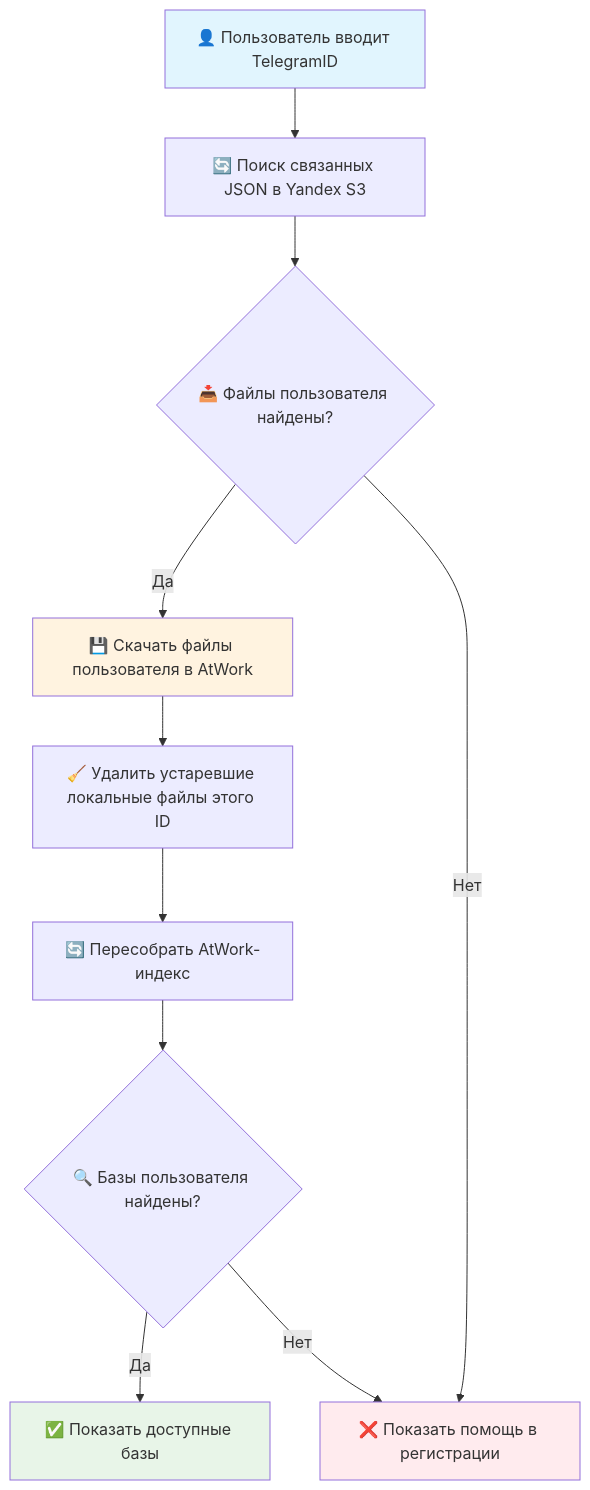
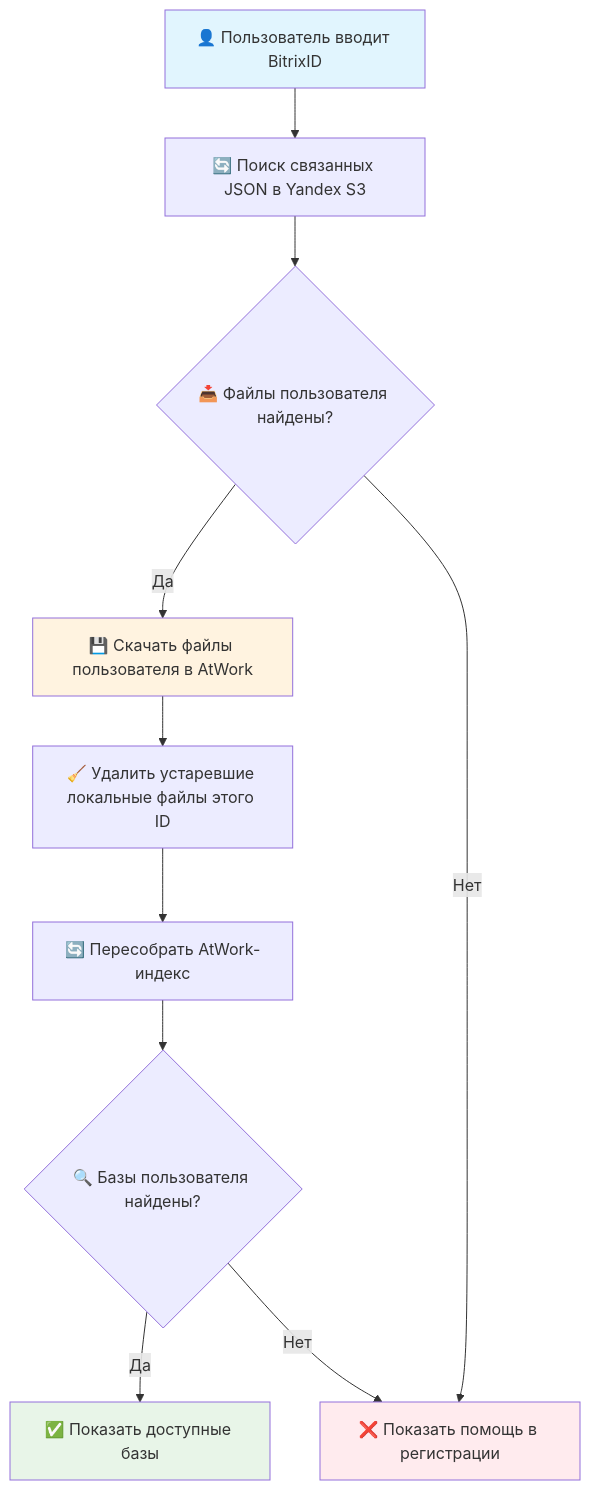
One commit to Mikhail-068/Bitrix-Tires changed the diagram in docs/Auth.md. Above: the diagram before and after it, drawn with Mermaid. The commit also changed other lines of this file and 5 other files, not shown here.

````diff
--- a/docs/Auth.md
+++ b/docs/Auth.md
@@ -165,18 +165,18 @@
 ```mermaid
 flowchart TD
-    A[👤 Пользователь вводит TelegramID] --> B[🔄 Поиск связанных JSON в Yandex S3]
+    A[👤 Пользователь вводит BitrixID] --> B[🔄 Поиск связанных JSON в Yandex S3]
     B --> C{📥 Файлы пользователя найдены?}
     C -->|Да| D[💾 Скачать файлы пользователя в AtWork]
     C -->|Нет| H[❌ Показать помощь в регистрации]
     D --> E[🧹 Удалить устаревшие локальные файлы этого ID]
     E --> F[🔄 Пересобрать AtWork-индекс]
     F --> G{🔍 Базы пользователя найдены?}
     
     G -->|Да| I[✅ Показать доступные базы]
     G -->|Нет| H
     
     style A fill:#e1f5fe
     style I fill:#e8f5e8
     style H fill:#ffebee
     style D fill:#fff3e0
 ```
````
